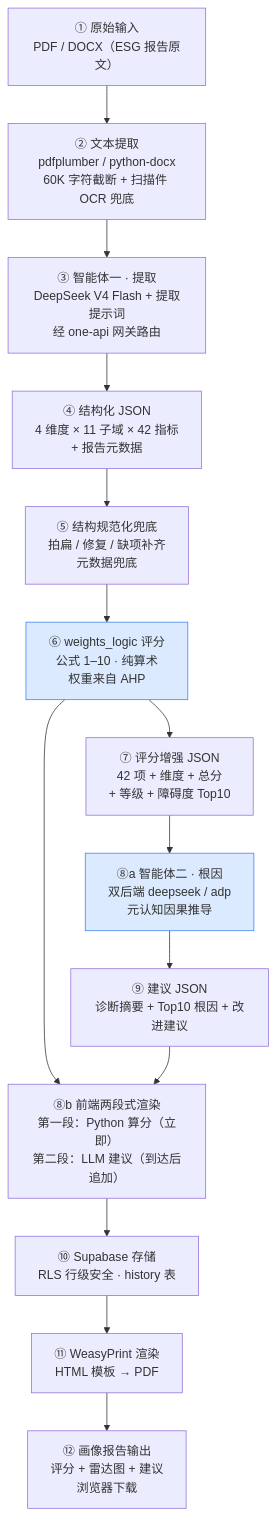
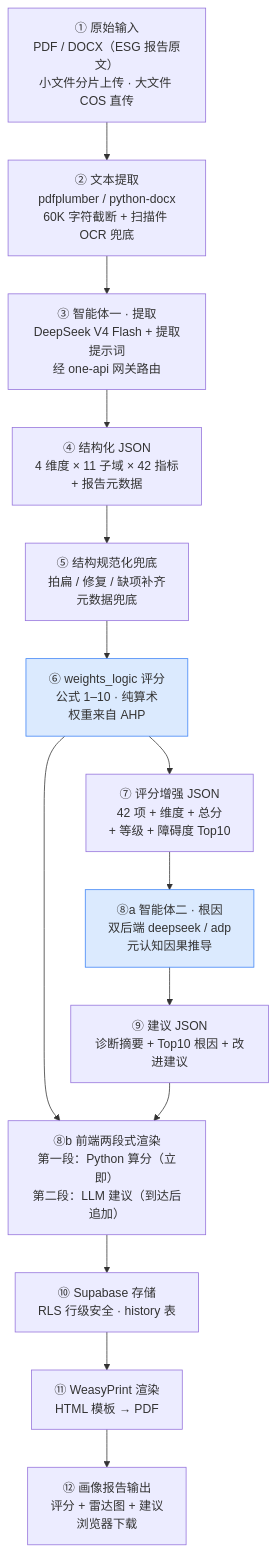
The diagram in ARCHITECTURE.md (24203230230/esg-carbon-system), drawn with Mermaid before and after one commit. The commit also changed other lines of this file and 34 other files, not shown here.

````diff
--- a/ARCHITECTURE.md
+++ b/ARCHITECTURE.md
@@ -80,21 +80,21 @@
 ```mermaid
 flowchart TD
-    A["① 原始输入<br/>PDF / DOCX（ESG 报告原文）"] --> B["② 文本提取<br/>pdfplumber / python-docx<br/>60K 字符截断 + 扫描件 OCR 兜底"]
+    A["① 原始输入<br/>PDF / DOCX（ESG 报告原文）<br/>小文件分片上传 · 大文件 COS 直传"] --> B["② 文本提取<br/>pdfplumber / python-docx<br/>60K 字符截断 + 扫描件 OCR 兜底"]
     B --> C["③ 智能体一 · 提取<br/>DeepSeek V4 Flash + 提取提示词<br/>经 one-api 网关路由"]
     C --> D["④ 结构化 JSON<br/>4 维度 × 11 子域 × 42 指标<br/>+ 报告元数据"]
     D --> E["⑤ 结构规范化兜底<br/>拍扁 / 修复 / 缺项补齐<br/>元数据兜底"]
     E --> F["⑥ weights_logic 评分<br/>公式 1–10 · 纯算术<br/>权重来自 AHP"]
     F --> G["⑦ 评分增强 JSON<br/>42 项 + 维度 + 总分<br/>+ 等级 + 障碍度 Top10"]
 
     G --> H1["⑧a 智能体二 · 根因<br/>双后端 deepseek / adp<br/>元认知因果推导"]
     H1 --> I["⑨ 建议 JSON<br/>诊断摘要 + Top10 根因 + 改进建议"]
 
     F --> H2["⑧b 前端两段式渲染<br/>第一段：Python 算分（立即）<br/>第二段：LLM 建议（到达后追加）"]
     I --> H2
     H2 --> J["⑩ Supabase 存储<br/>RLS 行级安全 · history 表"]
     J --> K["⑪ WeasyPrint 渲染<br/>HTML 模板 → PDF"]
     K --> L["⑫ 画像报告输出<br/>评分 + 雷达图 + 建议<br/>浏览器下载"]
 
     style F fill:#dbeafe,stroke:#3b82f6
     style H1 fill:#dbeafe,stroke:#3b82f6
 ```
````
